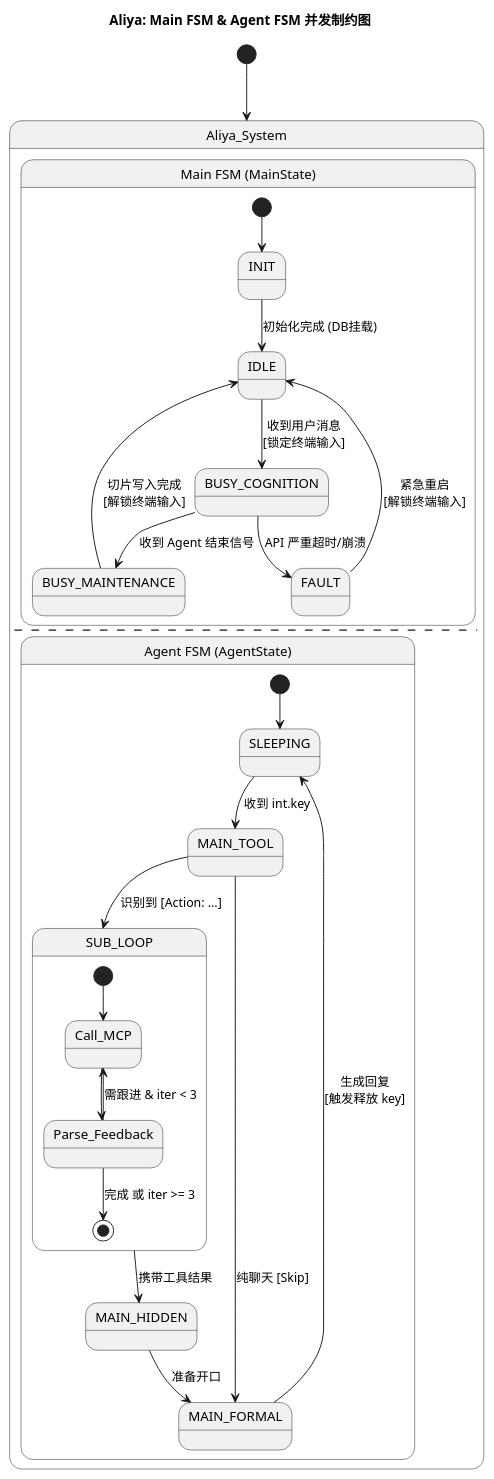
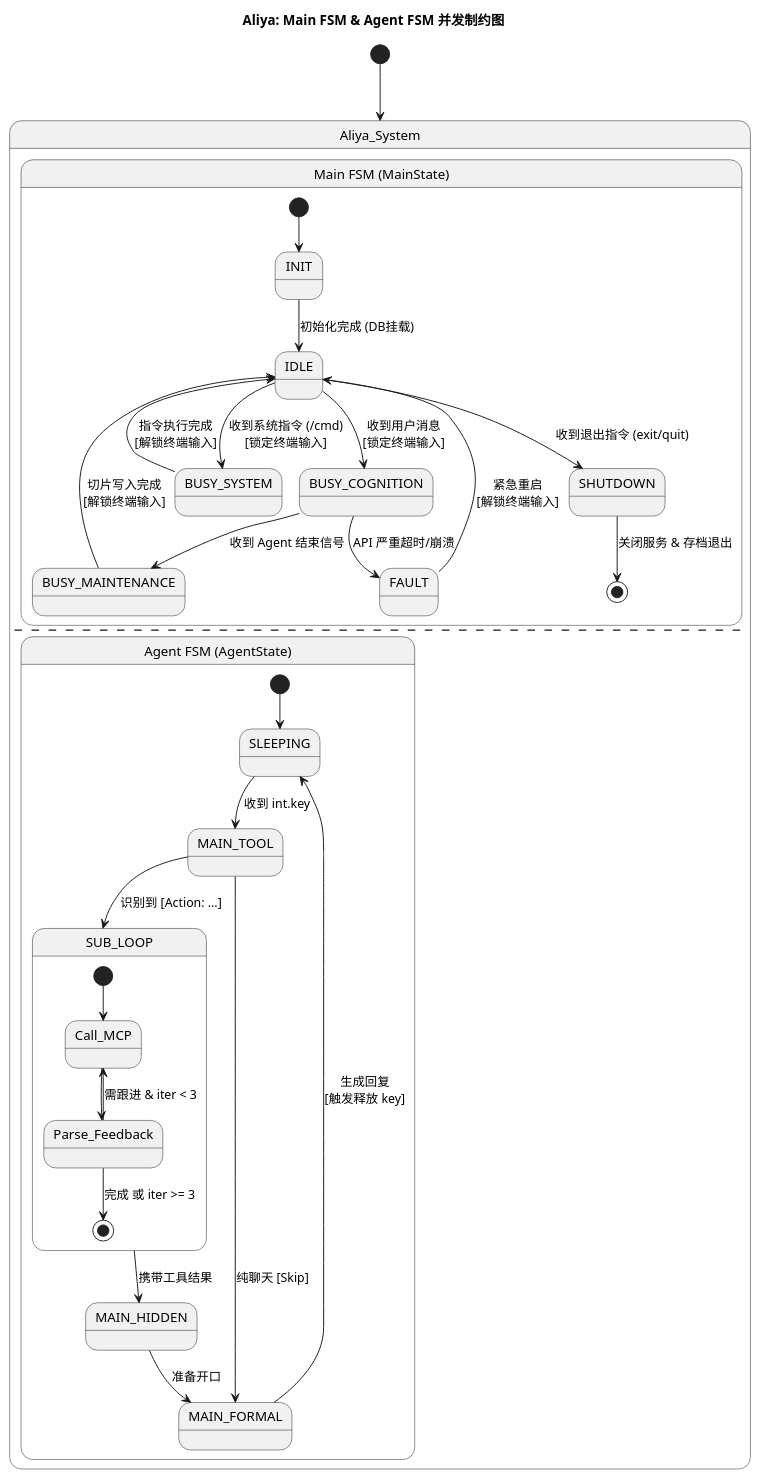
One commit to Mikhail-YellowBegonia/Aliya_AI changed the diagram in arch/state_diagram.puml. Above: the diagram before and after it, drawn with PlantUML. The commit also changed 4 other files, not shown here.

Commit message:
feat: enhance FSM with SHUTDOWN/BUSY_SYSTEM and implement SubAgent logic

```diff
--- a/arch/state_diagram.puml
+++ b/arch/state_diagram.puml
@@ -1,42 +1,46 @@
 @startuml
 
 title Aliya: Main FSM & Agent FSM 并发制约图
 
 ' 加入一个隐藏的起始点，强迫解析器进入状态机模式
 [*] --> Aliya_System
 
 state Aliya_System {
 
     state "Main FSM (MainState)" as MainLoop {
         [*] --> INIT
         INIT --> IDLE : 初始化完成 (DB挂载)
         IDLE --> BUSY_COGNITION : 收到用户消息\n[锁定终端输入]
+        IDLE --> BUSY_SYSTEM : 收到系统指令 (/cmd)\n[锁定终端输入]
+        BUSY_SYSTEM --> IDLE : 指令执行完成\n[解锁终端输入]
         BUSY_COGNITION --> BUSY_MAINTENANCE : 收到 Agent 结束信号
         BUSY_MAINTENANCE --> IDLE : 切片写入完成\n[解锁终端输入]
+        IDLE --> SHUTDOWN : 收到退出指令 (exit/quit)
+        SHUTDOWN --> [*] : 关闭服务 & 存档退出
         BUSY_COGNITION --> FAULT : API 严重超时/崩溃
         FAULT --> IDLE : 紧急重启\n[解锁终端输入]
     }
 
 
     --
 
     state "Agent FSM (AgentState)" as AgentLoop {
         [*] --> SLEEPING
         SLEEPING --> MAIN_TOOL : 收到 int.key
         
         MAIN_TOOL --> SUB_LOOP : 识别到 [Action: ...]
         MAIN_TOOL --> MAIN_FORMAL : 纯聊天 [Skip]
         
         state SUB_LOOP {
             [*] --> Call_MCP
             Call_MCP --> Parse_Feedback
             Parse_Feedback --> Call_MCP : 需跟进 & iter < 3
             Parse_Feedback --> [*] : 完成 或 iter >= 3
         }
         
         SUB_LOOP --> MAIN_HIDDEN : 携带工具结果
         MAIN_HIDDEN --> MAIN_FORMAL : 准备开口
         MAIN_FORMAL --> SLEEPING : 生成回复\n[触发释放 key]
     }
 }
 @enduml
```
